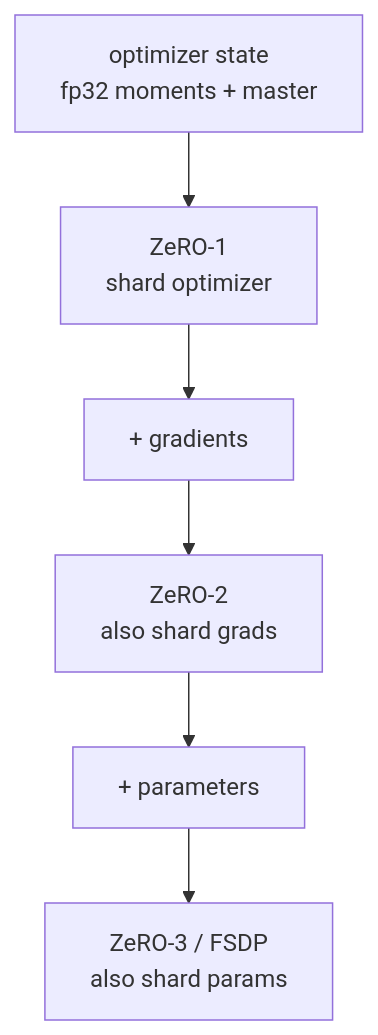
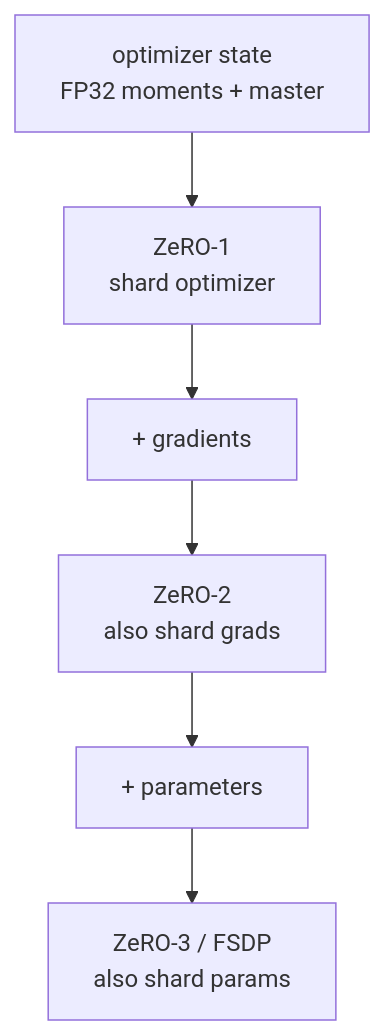
One commit to youyun8/deep-kernel-handbook changed the first of 2 diagrams in docs/performance/distributed-training.md. Above: the diagram before and after it, drawn with Mermaid. The commit also changed other lines of this file and 43 other files, not shown here.

````diff
--- a/docs/performance/distributed-training.md
+++ b/docs/performance/distributed-training.md
@@ -92,9 +65,9 @@
 ```mermaid
 flowchart TB
-    O[optimizer state<br/>fp32 moments + master] --> Z1[ZeRO-1<br/>shard optimizer]
+    O[optimizer state<br/>FP32 moments + master] --> Z1[ZeRO-1<br/>shard optimizer]
     Z1 --> G[+ gradients]
     G --> Z2[ZeRO-2<br/>also shard grads]
     Z2 --> P[+ parameters]
     P --> Z3[ZeRO-3 / FSDP<br/>also shard params]
     class Z3 flagship;
 ```
````
